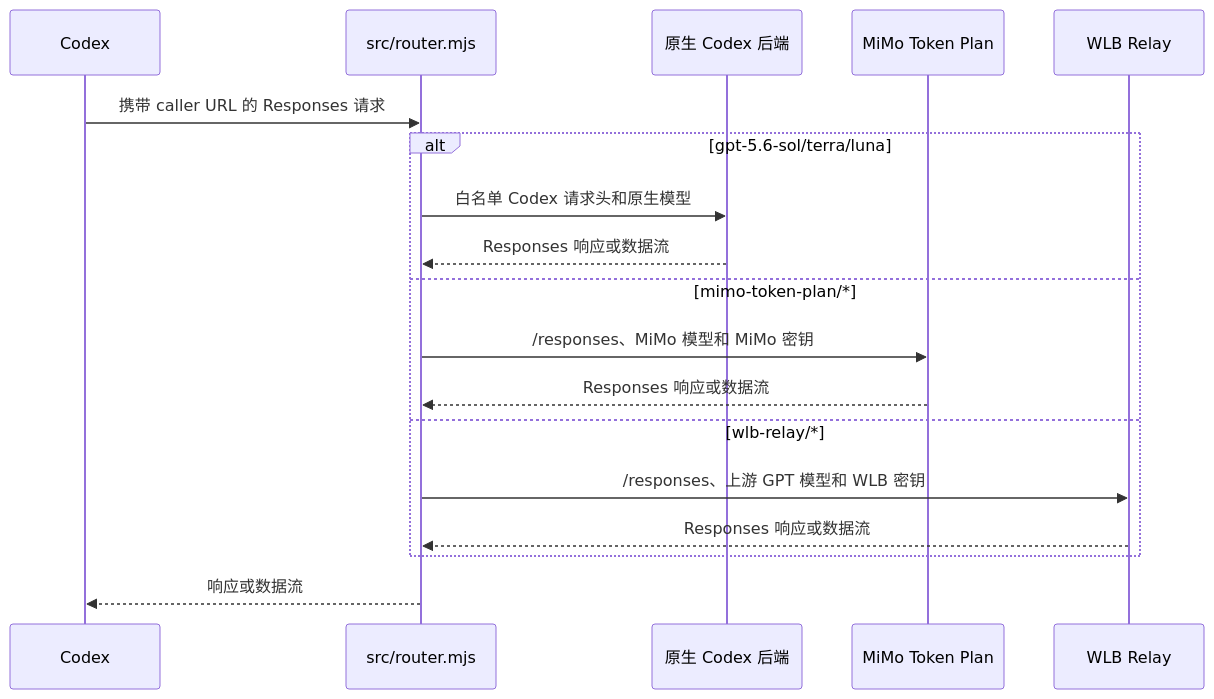
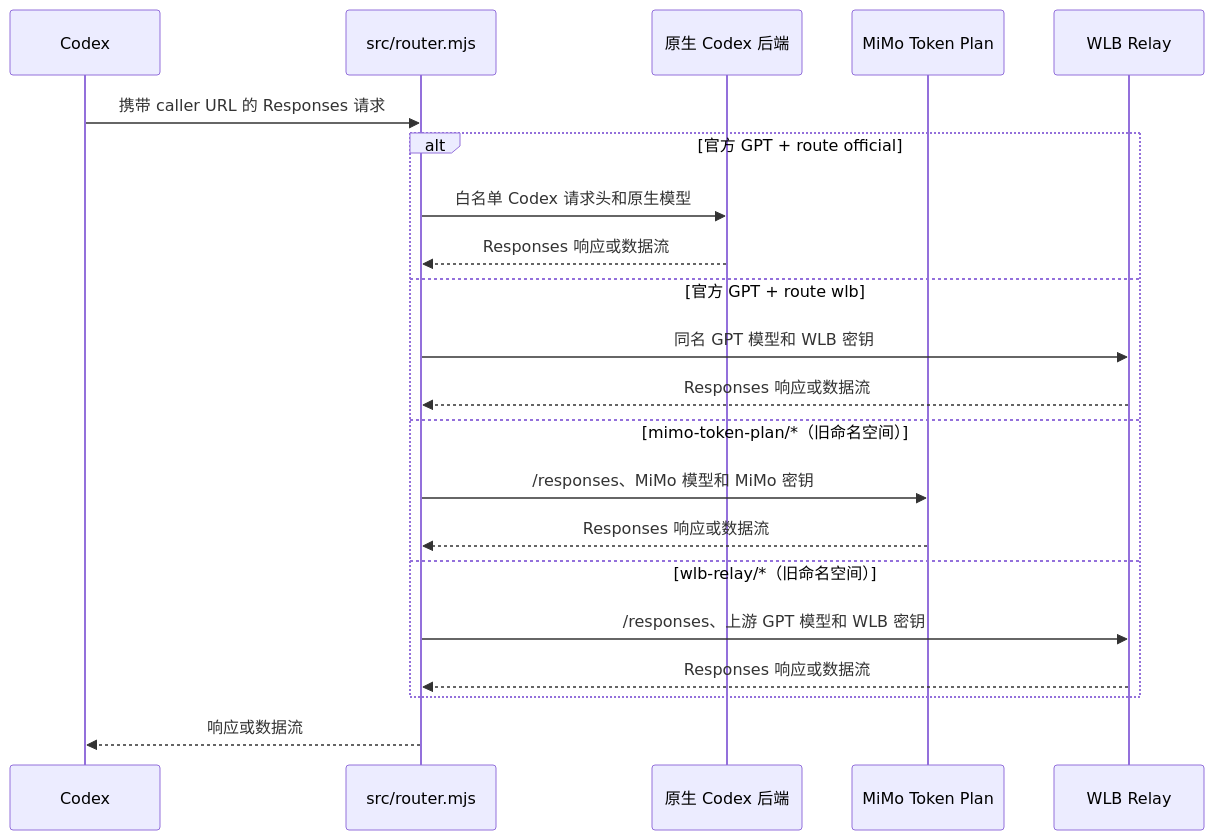
The diagram in docs/HOW-IT-WORKS.md (DKalien/codex-router), drawn with Mermaid before and after one commit. The commit also changed other lines of this file and 15 other files, not shown here.

````diff
--- a/docs/HOW-IT-WORKS.md
+++ b/docs/HOW-IT-WORKS.md
@@ -10,21 +10,24 @@
 ```mermaid
 sequenceDiagram
   participant C as Codex
   participant R as src/router.mjs
   participant N as 原生 Codex 后端
   participant M as MiMo Token Plan
   participant W as WLB Relay
 
   C->>R: 携带 caller URL 的 Responses 请求
-  alt gpt-5.6-sol/terra/luna
+  alt 官方 GPT + route official
     R->>N: 白名单 Codex 请求头和原生模型
     N-->>R: Responses 响应或数据流
-  else mimo-token-plan/*
+  else 官方 GPT + route wlb
+    R->>W: 同名 GPT 模型和 WLB 密钥
+    W-->>R: Responses 响应或数据流
+  else mimo-token-plan/*（旧命名空间）
     R->>M: /responses、MiMo 模型和 MiMo 密钥
     M-->>R: Responses 响应或数据流
-  else wlb-relay/*
+  else wlb-relay/*（旧命名空间）
     R->>W: /responses、上游 GPT 模型和 WLB 密钥
     W-->>R: Responses 响应或数据流
   end
   R-->>C: 响应或数据流
 ```
````
